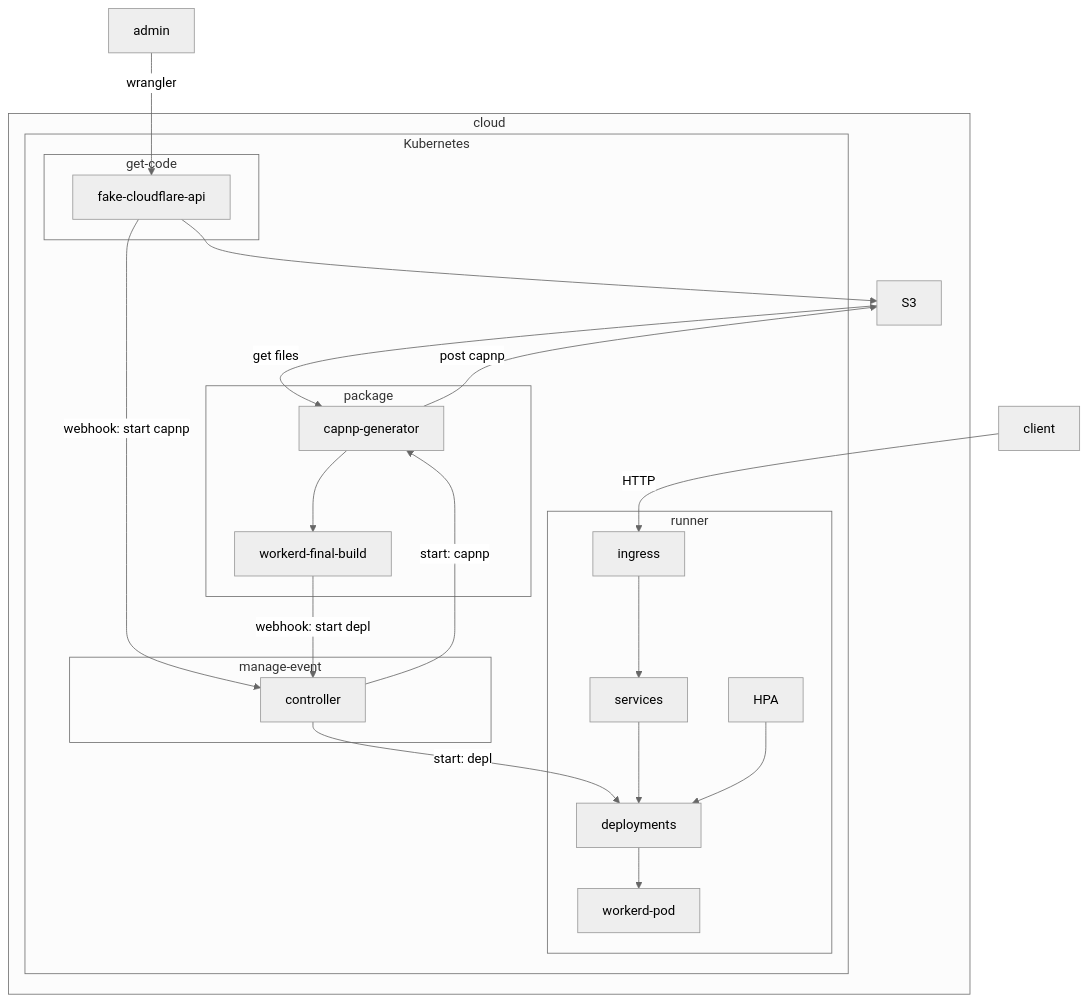
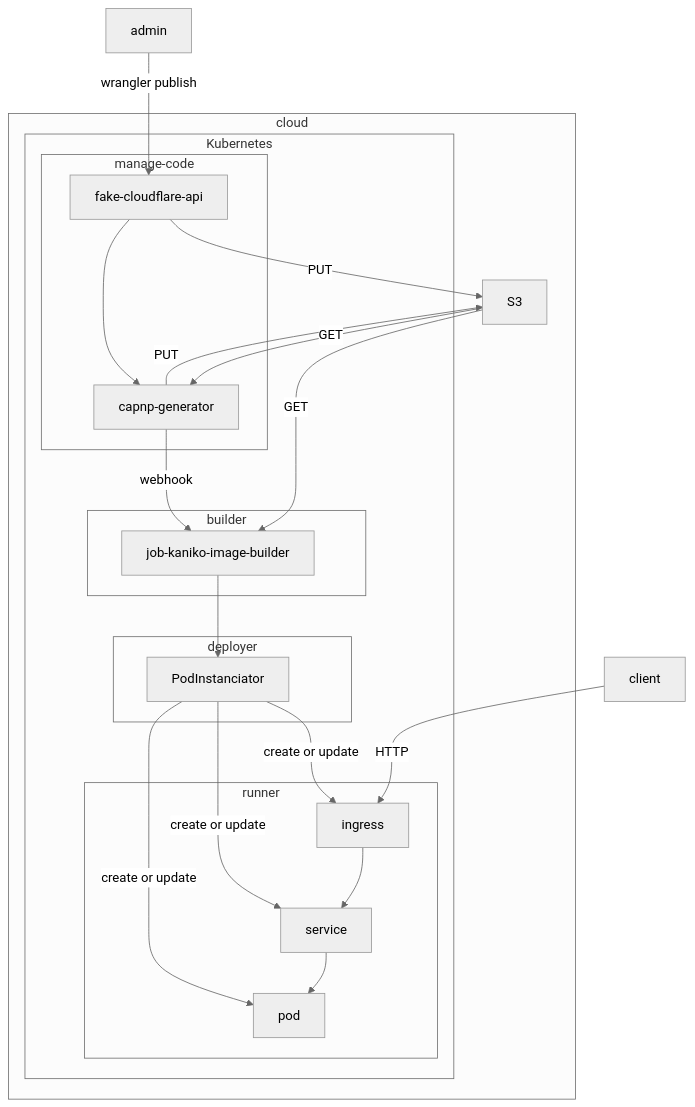
One commit to clementreiffers/worker-api changed the second of 2 diagrams in README.md. Above: the diagram before and after it, drawn with Mermaid (neutral theme). The commit also changed other lines of this file, not shown here.

````diff
--- a/README.md
+++ b/README.md
@@ -334,28 +152,31 @@
 ```mermaid
 flowchart TB
-    admin --> |wrangler| fake-cloudflare-api
-    client --> |HTTP| ingress
+    admin --> |wrangler publish| fake-cloudflare-api
+    client -->|HTTP| ingress
     subgraph cloud
-       fake-cloudflare-api --> S3
-       capnp-generator  --> |post capnp| S3
-       S3 --> |get files| capnp-generator
+        fake-cloudflare-api & capnp-generator --> |PUT| S3
+        S3 --> |GET| capnp-generator & job-kaniko-image-builder
+
+
        subgraph Kubernetes
-           subgraph get-code
-              fake-cloudflare-api
-           end
-           subgraph manage-event
-              fake-cloudflare-api --> |webhook: start capnp| controller
-           end
-           controller --> |start: capnp| capnp-generator 
-           workerd-final-build --> |webhook: start depl| controller
-           subgraph package
-              capnp-generator --> workerd-final-build
-           end
-           controller --> |start: depl| deployments
-           subgraph runner
-              ingress --> services --> deployments --> workerd-pod
-              HPA --> deployments
-           end            
+            subgraph manage-code 
+                fake-cloudflare-api --> capnp-generator
+            end
+            
+            capnp-generator --> |webhook| job-kaniko-image-builder
+
+           subgraph builder
+               job-kaniko-image-builder
+            end
+
+            job-kaniko-image-builder --> PodInstanciator
+            subgraph deployer
+                PodInstanciator 
+            end
+            PodInstanciator -->|create or update| ingress & service & pod
+            subgraph runner 
+                ingress --> service --> pod
+            end
         end
     end
 ```
````
